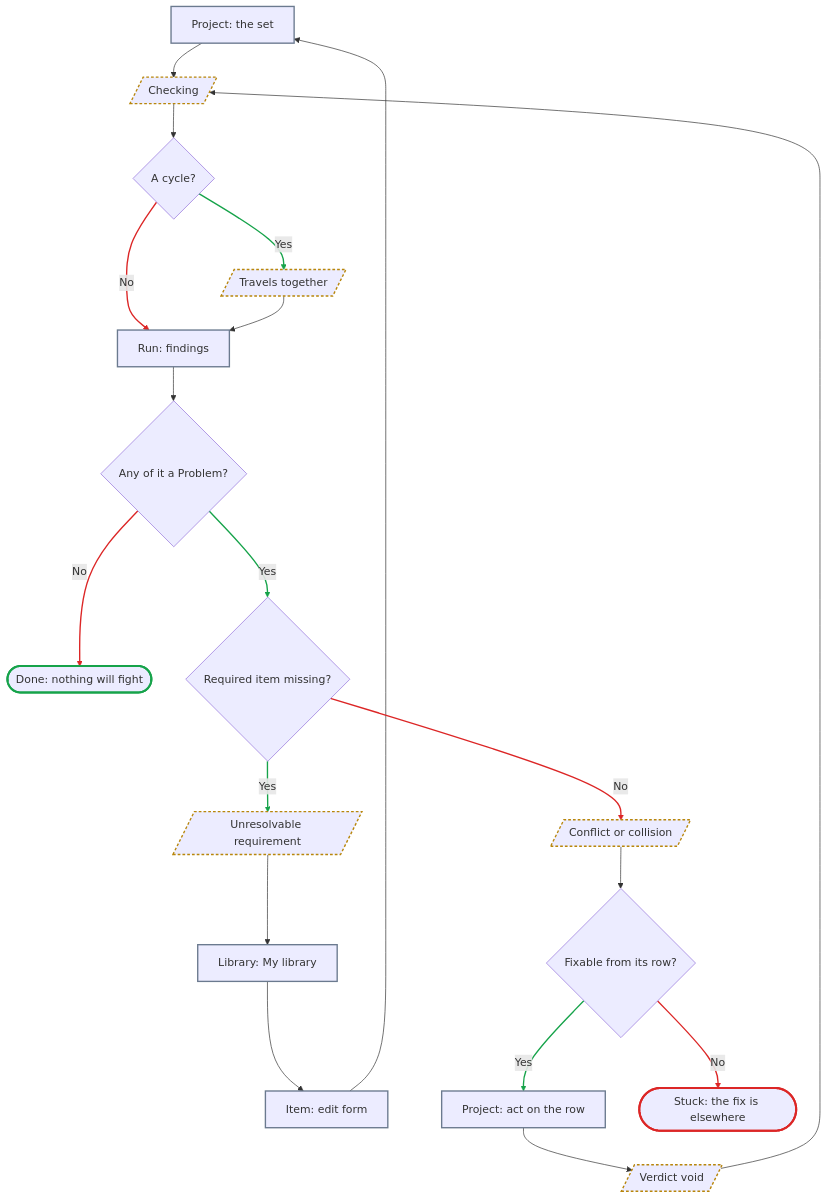
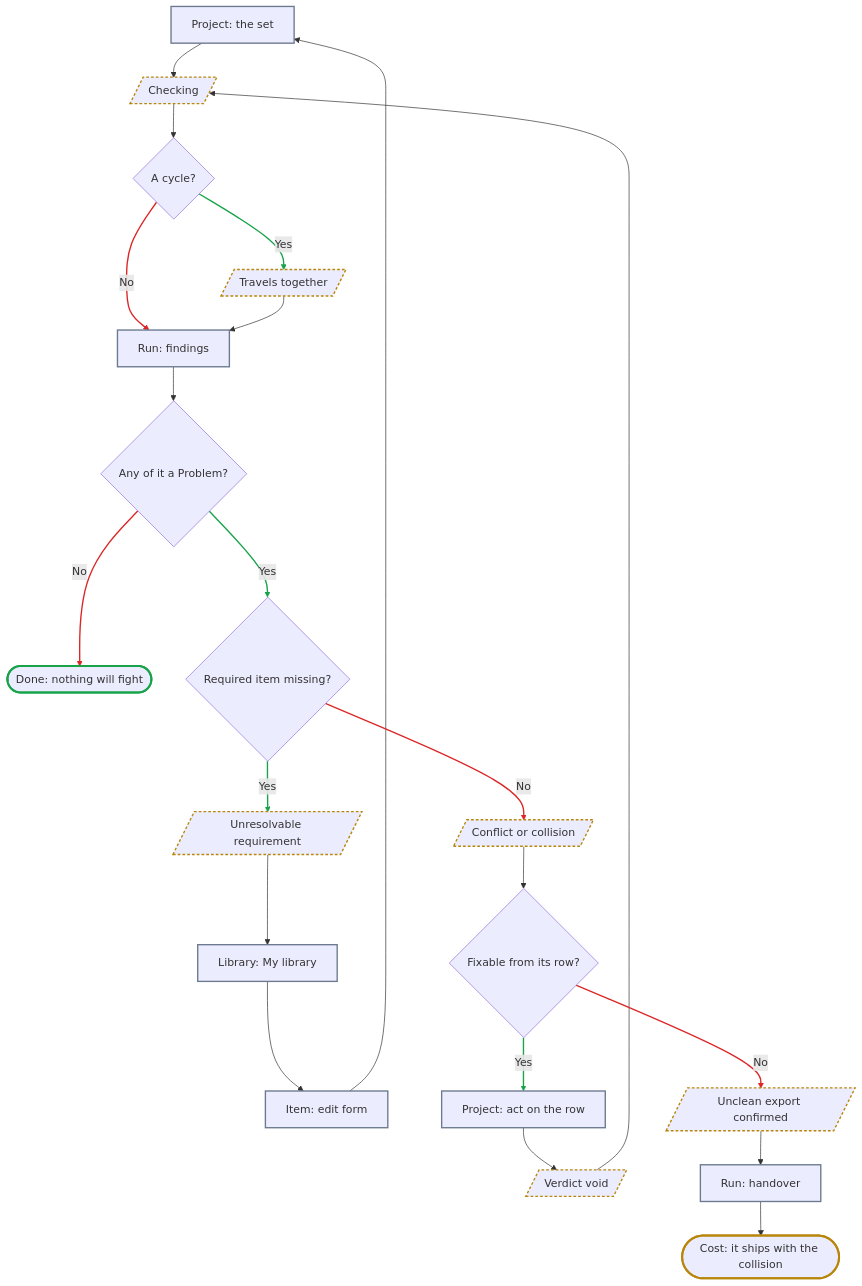
One commit to RomanUserExpert/ai-stack-builder changed the fifth of 8 diagrams in 03-information-architecture/flows.md. Above: the diagram before and after it, drawn with Mermaid. The commit also changed other lines of this file and 5 other files, not shown here.

````diff
--- a/03-information-architecture/flows.md
+++ b/03-information-architecture/flows.md
@@ -394,31 +451,34 @@
 ```mermaid
 flowchart TD
     A["Project: the set"] --> B[/"Checking"/]
     B --> C{"A cycle?"}
     C -->|"Yes"| D[/"Travels together"/]
     C -->|"No"| E["Run: findings"]
     D --> E
     E --> F{"Any of it a Problem?"}
     F -->|"No"| G(["Done: nothing will fight"])
     F -->|"Yes"| H{"Required item missing?"}
     H -->|"Yes"| I[/"Unresolvable requirement"/]
     I --> J["Library: My library"]
     J --> K["Item: edit form"]
     K --> A
     H -->|"No"| L[/"Conflict or collision"/]
     L --> M{"Fixable from its row?"}
     M -->|"Yes"| N["Project: act on the row"]
     N --> O[/"Verdict void"/]
     O --> B
-    M -->|"No"| P(["Stuck: the fix is elsewhere"])
+    M -->|"No"| P[/"Unclean export confirmed"/]
+    P --> Q["Run: handover"]
+    Q --> R(["Cost: it ships with the collision"])
     classDef screen stroke:#6b7a8f,stroke-width:2px
     classDef state stroke:#b8860b,stroke-width:2px,stroke-dasharray:4 3
     classDef win stroke:#16a34a,stroke-width:3px
+    classDef cost stroke:#b8860b,stroke-width:3px
     classDef dead stroke:#dc2626,stroke-width:3px
     linkStyle 2,7,8,14 stroke:#16a34a,stroke-width:2px
     linkStyle 3,6,12,17 stroke:#dc2626,stroke-width:2px
-    class A,E,J,K,N screen
-    class B,D,I,L,O state
+    class A,E,J,K,N,Q screen
+    class B,D,I,L,O,P state
     class G win
-    class P dead
+    class R cost
 ```
````
